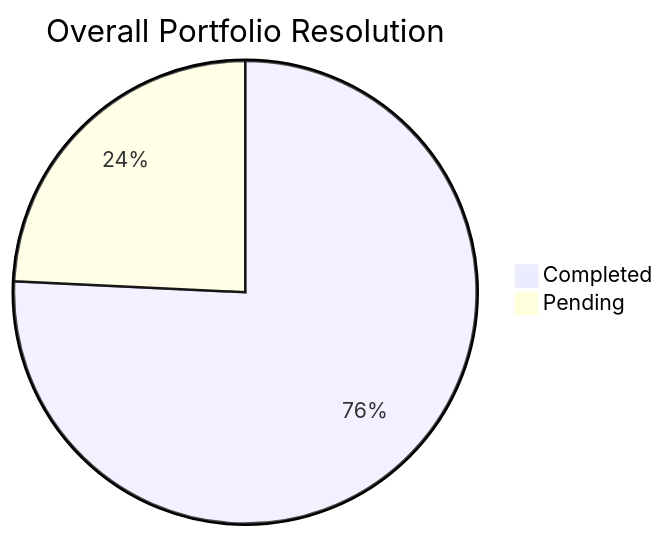
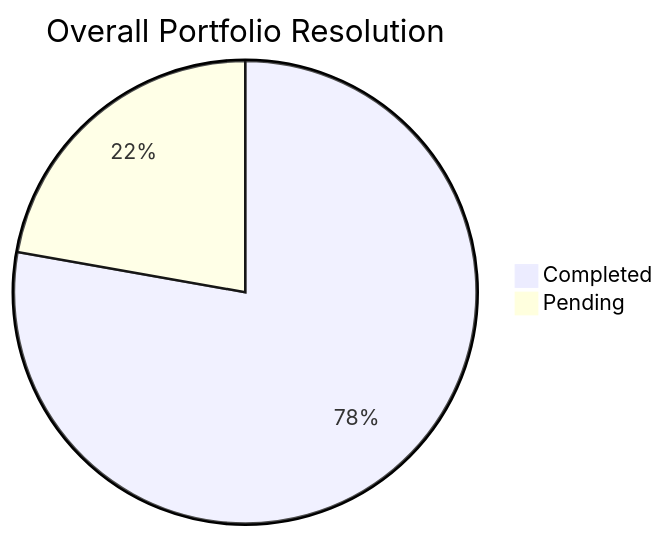
The diagram in Global_Summary.md (sagarms97/MyWorkDairy), drawn with Mermaid before and after one commit. The commit also changed other lines of this file and 7 other files, not shown here.

````diff
--- a/Global_Summary.md
+++ b/Global_Summary.md
@@ -12,5 +12,5 @@
 ```mermaid
 pie title Overall Portfolio Resolution
-    "Completed" : 25
+    "Completed" : 28
     "Pending" : 8
 ```
````
